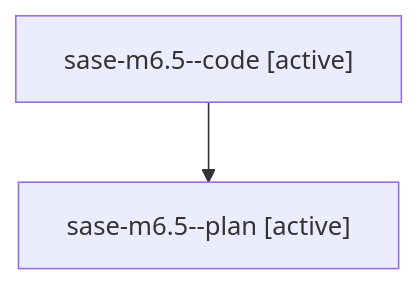
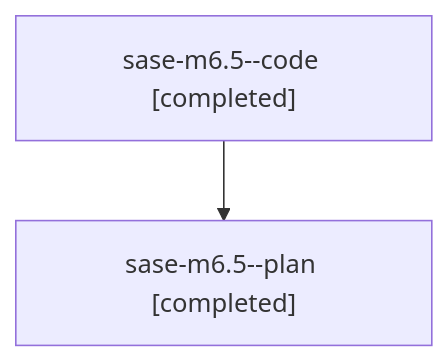
Before and after one commit to sase-org/sase--agents: the diagram in families/bbugyi200.athena.sase-m6.5.md, drawn with Mermaid. The commit also changed other lines of this file and 207 other files, not shown here.

````diff
--- a/families/bbugyi200.athena.sase-m6.5.md
+++ b/families/bbugyi200.athena.sase-m6.5.md
@@ -9,6 +9,6 @@
 ```mermaid
 flowchart TD
-  n0["sase-m6.5--code [active]"]
-  n1["sase-m6.5--plan [active]"]
+  n0["sase-m6.5--code [completed]"]
+  n1["sase-m6.5--plan [completed]"]
   n0 --> n1
 ```
````
